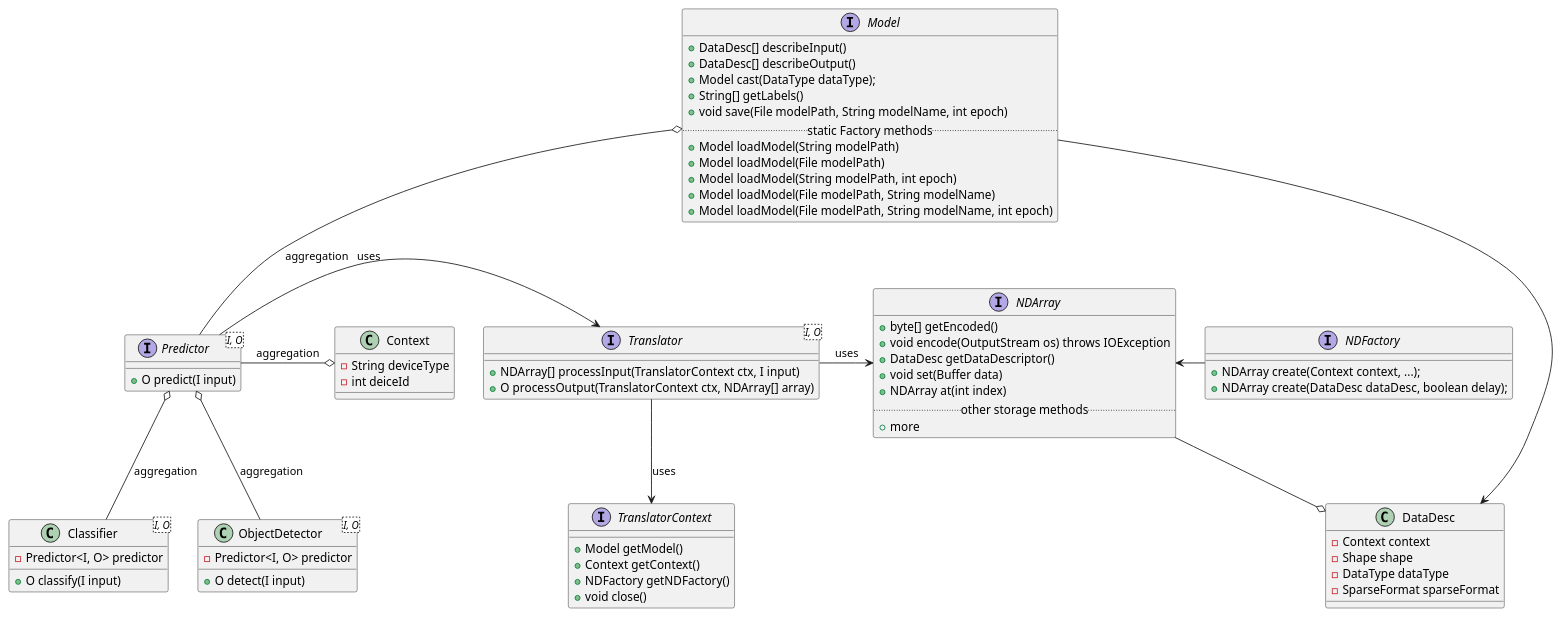
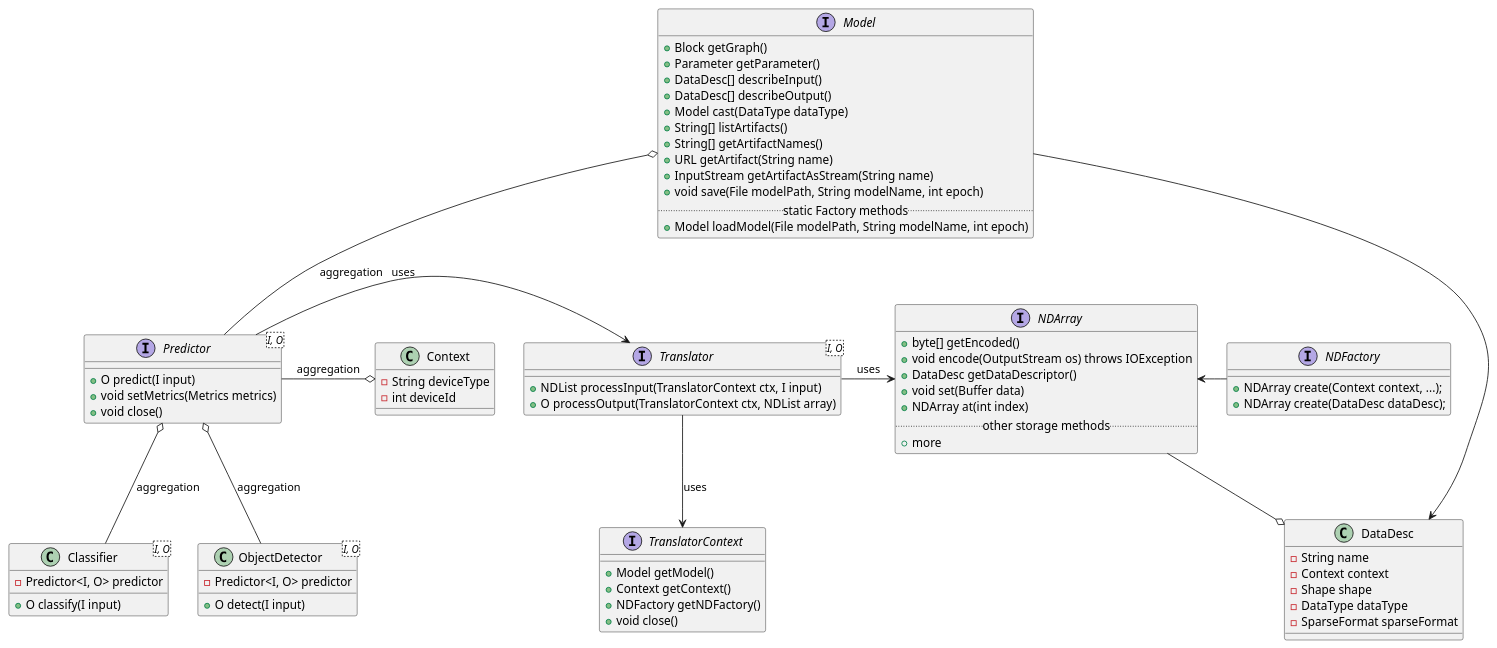
The diagram in api/src/main/uml/Inference.puml (deepjavalibrary/djl), drawn with PlantUML before and after one commit.

Commit message:
Update inference UML class diagram.

```diff
--- a/api/src/main/uml/Inference.puml
+++ b/api/src/main/uml/Inference.puml
@@ -1,80 +1,84 @@
 @startuml
 class Context {
 	-String deviceType
-	-int deiceId
+	-int deviceId
 }
 
 class DataDesc {
+	-String name
 	-Context context
 	-Shape shape
 	-DataType dataType
 	-SparseFormat sparseFormat
 }
 
 interface Model {
+    +Block getGraph()
+    +Parameter getParameter()
     +DataDesc[] describeInput()
     +DataDesc[] describeOutput()
-    +Model cast(DataType dataType);
-    +String[] getLabels()
+    +Model cast(DataType dataType)
+    +String[] listArtifacts()
+    +String[] getArtifactNames()
+    +URL getArtifact(String name)
+    +InputStream getArtifactAsStream(String name)
     +void save(File modelPath, String modelName, int epoch)
 	.. static Factory methods ..
-    +Model loadModel(String modelPath)
-    +Model loadModel(File modelPath)
-    +Model loadModel(String modelPath, int epoch)
-    +Model loadModel(File modelPath, String modelName)
     +Model loadModel(File modelPath, String modelName, int epoch)
 }
 
 interface Translator<I, O> {
-    +NDArray[] processInput(TranslatorContext ctx, I input)
-    +O processOutput(TranslatorContext ctx, NDArray[] array)
+    +NDList processInput(TranslatorContext ctx, I input)
+    +O processOutput(TranslatorContext ctx, NDList array)
 }
 
 interface Predictor<I, O> {
     +O predict(I input)
+    +void setMetrics(Metrics metrics)
+    +void close()
 }
 
 interface TranslatorContext {
     +Model getModel()
     +Context getContext()
     +NDFactory getNDFactory()
     +void close()
 }
 
 class Classifier<I, O> {
     -Predictor<I, O> predictor
     +O classify(I input)
 }
 
 class ObjectDetector<I, O> {
     -Predictor<I, O> predictor
     +O detect(I input)
 }
 
 interface NDFactory {
     +NDArray create(Context context, ...);
-    +NDArray create(DataDesc dataDesc, boolean delay);
+    +NDArray create(DataDesc dataDesc);
 }
 
 interface NDArray {
     +byte[] getEncoded()
     +void encode(OutputStream os) throws IOException
     +DataDesc getDataDescriptor()
     +void set(Buffer data)
     +NDArray at(int index)
 	.. other storage methods ..
     +more
 }
 
 Model -right-> DataDesc
 Model o-down- Predictor : aggregation
 Predictor -right-o Context : aggregation
 Predictor -right-> Translator : uses
 Translator -right-> NDArray : uses
 Translator --> TranslatorContext : uses
 Predictor o-down- Classifier : aggregation
 Predictor o-down- ObjectDetector : aggregation
 NDFactory -left-> NDArray
 NDArray -down-o DataDesc
 
 @enduml
```
